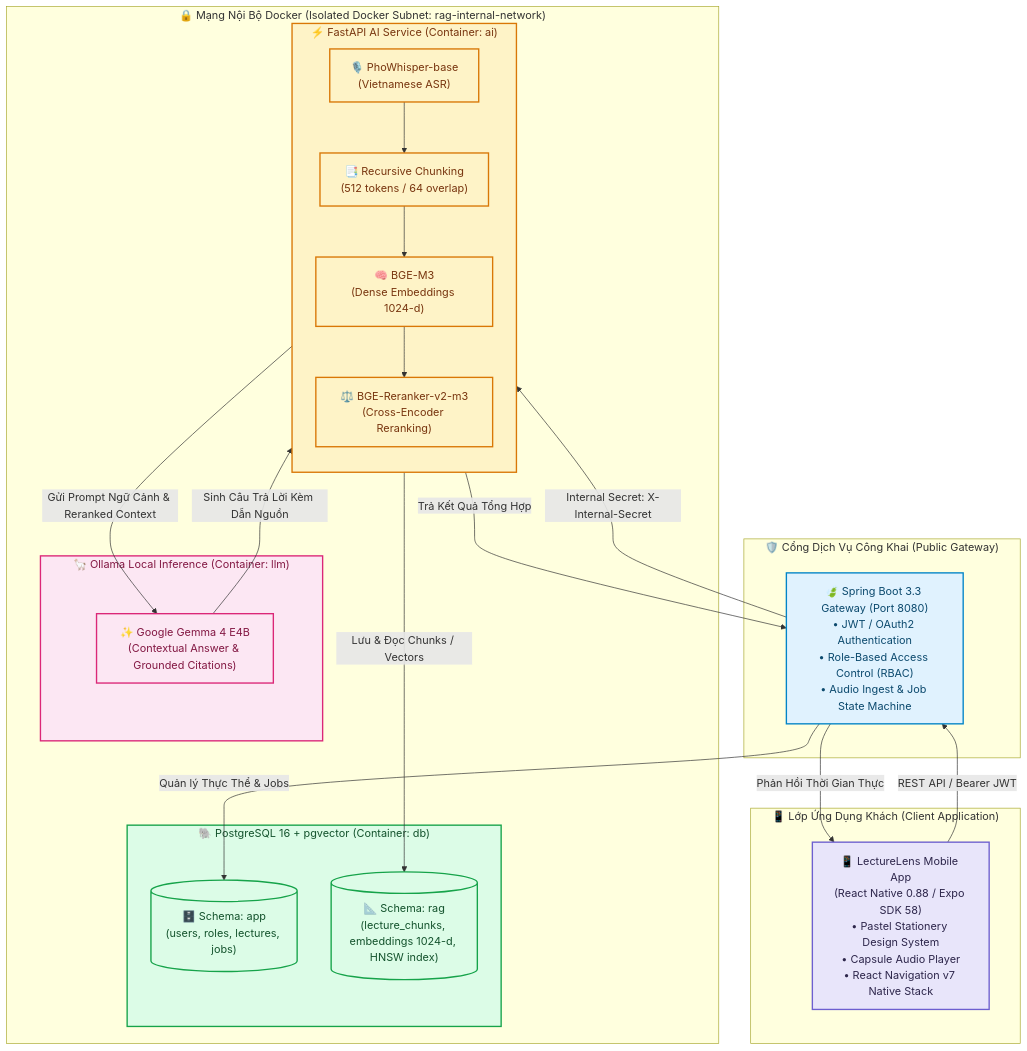
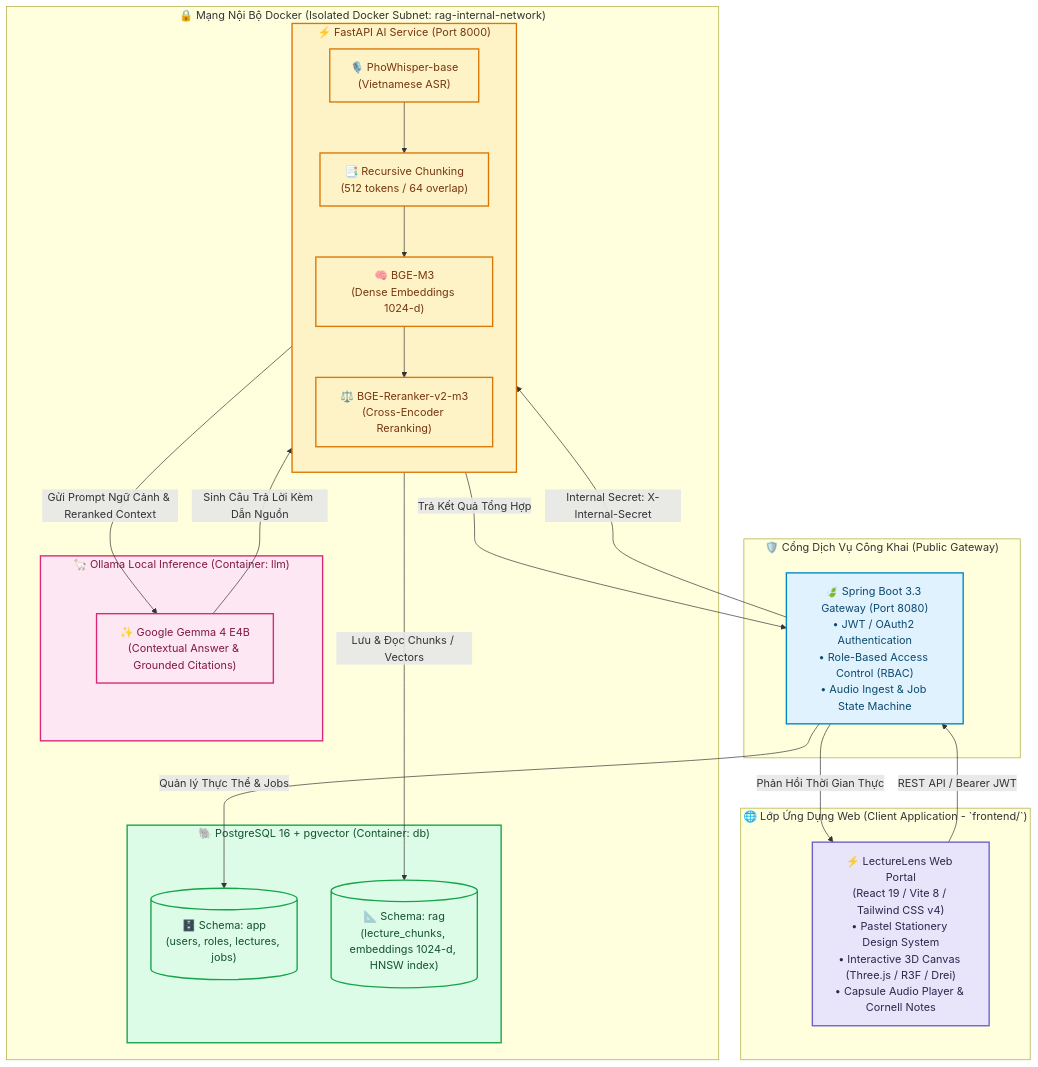
The diagram in README.md (cthanhdev/Lecture_Lens), drawn with Mermaid before and after one commit. The commit also changed other lines of this file and 19 other files, not shown here.

````diff
--- a/README.md
+++ b/README.md
@@ -102,52 +104,52 @@
 ```mermaid
 flowchart TB
-    subgraph ClientLayer ["📱 Lớp Ứng Dụng Khách (Client Application)"]
-        MOBILE["📱 LectureLens Mobile App<br/>(React Native 0.88 / Expo SDK 58)<br/>• Pastel Stationery Design System<br/>• Capsule Audio Player<br/>• React Navigation v7 Native Stack"]
+    subgraph ClientLayer ["🌐 Lớp Ứng Dụng Web (Client Application - `frontend/`)"]
+        WEB["⚡ LectureLens Web Portal<br/>(React 19 / Vite 8 / Tailwind CSS v4)<br/>• Pastel Stationery Design System<br/>• Interactive 3D Canvas (Three.js / R3F / Drei)<br/>• Capsule Audio Player & Cornell Notes"]
     end
 
     subgraph PublicGateway ["🛡️ Cổng Dịch Vụ Công Khai (Public Gateway)"]
         SPRING["🍃 Spring Boot 3.3 Gateway (Port 8080)<br/>• JWT / OAuth2 Authentication<br/>• Role-Based Access Control (RBAC)<br/>• Audio Ingest & Job State Machine"]
     end
 
     subgraph PrivateSubnet ["🔒 Mạng Nội Bộ Docker (Isolated Docker Subnet: rag-internal-network)"]
-        subgraph AIService ["⚡ FastAPI AI Service (Container: ai)"]
+        subgraph AIService ["⚡ FastAPI AI Service (Port 8000)"]
             direction TB
             STT["🎙️ PhoWhisper-base<br/>(Vietnamese ASR)"]
             CHUNK["📑 Recursive Chunking<br/>(512 tokens / 64 overlap)"]
             EMB["🧠 BGE-M3<br/>(Dense Embeddings 1024-d)"]
             RERANK["⚖️ BGE-Reranker-v2-m3<br/>(Cross-Encoder Reranking)"]
             STT --> CHUNK --> EMB
             EMB --> RERANK
         end
 
         subgraph DB ["🐘 PostgreSQL 16 + pgvector (Container: db)"]
             SCHEMA_APP[("🗄️ Schema: app<br/>(users, roles, lectures, jobs)")]
             SCHEMA_RAG[("📐 Schema: rag<br/>(lecture_chunks, embeddings 1024-d, HNSW index)")]
         end
 
         subgraph LLM ["🦙 Ollama Local Inference (Container: llm)"]
             GEMMA["✨ Google Gemma 4 E4B<br/>(Contextual Answer & Grounded Citations)"]
         end
     end
 
-    MOBILE -->|REST API / Bearer JWT| SPRING
+    WEB -->|REST API / Bearer JWT| SPRING
     SPRING -->|Internal Secret: X-Internal-Secret| AIService
     AIService -->|Lưu & Đọc Chunks / Vectors| SCHEMA_RAG
     SPRING -->|Quản lý Thực Thể & Jobs| SCHEMA_APP
     AIService -->|Gửi Prompt Ngữ Cảnh & Reranked Context| GEMMA
     GEMMA -->|Sinh Câu Trả Lời Kèm Dẫn Nguồn| AIService
     AIService -->|Trả Kết Quả Tổng Hợp| SPRING
-    SPRING -->|Phản Hồi Thời Gian Thực| MOBILE
+    SPRING -->|Phản Hồi Thời Gian Thực| WEB
 
     classDef client fill:#E8E5FA,stroke:#6D5FD0,stroke-width:2px,color:#2D264B;
     classDef gateway fill:#E0F2FE,stroke:#0284C7,stroke-width:2px,color:#0C4A6E;
     classDef ai fill:#FEF3C7,stroke:#D97706,stroke-width:2px,color:#78350F;
     classDef db fill:#DCFCE7,stroke:#16A34A,stroke-width:2px,color:#14532D;
     classDef llm fill:#FCE7F3,stroke:#DB2777,stroke-width:2px,color:#831843;
 
-    class MOBILE client;
+    class WEB client;
     class SPRING gateway;
     class AIService,STT,CHUNK,EMB,RERANK ai;
     class DB,SCHEMA_APP,SCHEMA_RAG db;
     class LLM,GEMMA llm;
 ```
````
